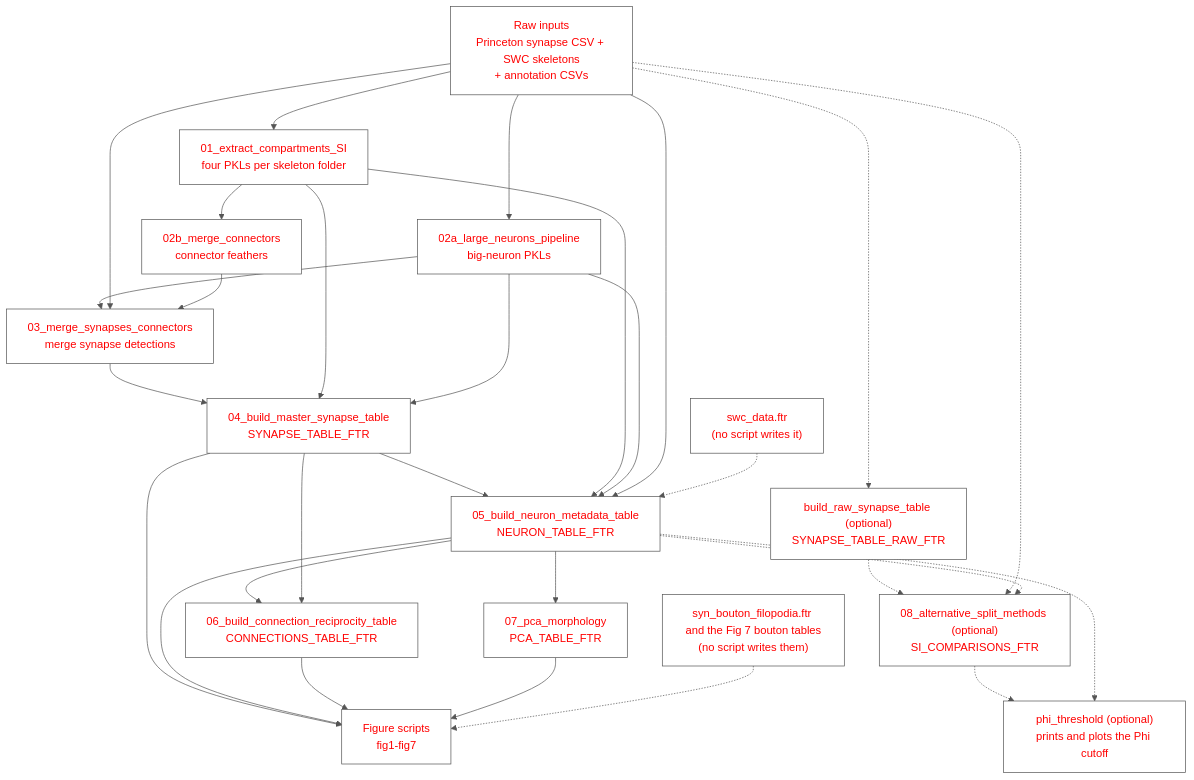
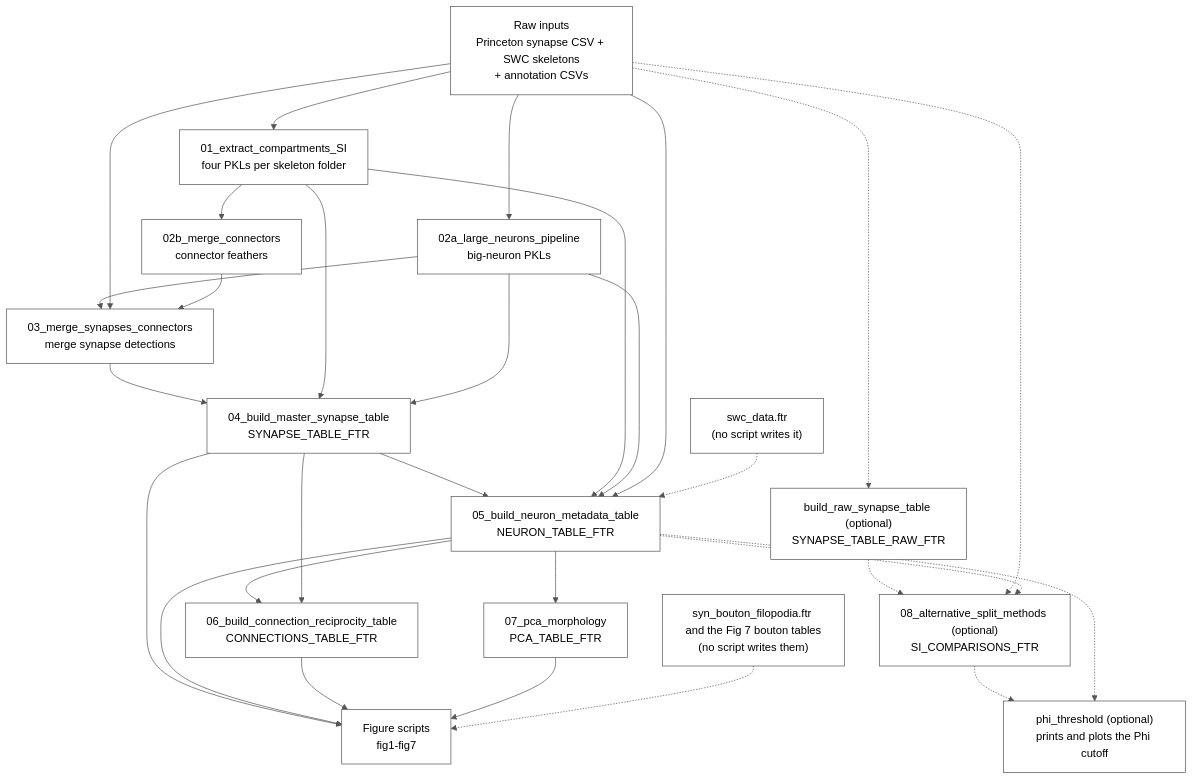
One commit to deutschlab/mixed-polarity-paper changed the diagram in docs/pipeline_overview.md. Above: the diagram before and after it, drawn with Mermaid. The commit also changed other lines of this file and 55 other files, not shown here.

````diff
--- a/docs/pipeline_overview.md
+++ b/docs/pipeline_overview.md
@@ -14,44 +14,44 @@
 ```mermaid
-%%{init: {'theme': 'base', 'themeVariables': {'primaryColor': '#ffffff', 'primaryTextColor': '#ff0000', 'primaryBorderColor': '#555555', 'lineColor': '#555555'}}}%%
+%%{init: {'theme': 'base', 'themeVariables': {'primaryColor': '#ffffff', 'primaryTextColor': '#000000', 'primaryBorderColor': '#555555', 'lineColor': '#555555'}}}%%
 flowchart TD
     RAW["Raw inputs\nPrinceton synapse CSV + SWC skeletons\n+ annotation CSVs"]
     S01["01_extract_compartments_SI\nfour PKLs per skeleton folder"]
     S02A["02a_large_neurons_pipeline\nbig-neuron PKLs"]
     S02B["02b_merge_connectors\nconnector feathers"]
     S03["03_merge_synapses_connectors\nmerge synapse detections"]
     S04["04_build_master_synapse_table\nSYNAPSE_TABLE_FTR"]
     S05["05_build_neuron_metadata_table\nNEURON_TABLE_FTR"]
     S06["06_build_connection_reciprocity_table\nCONNECTIONS_TABLE_FTR"]
     S07["07_pca_morphology\nPCA_TABLE_FTR"]
     S08["08_alternative_split_methods (optional)\nSI_COMPARISONS_FTR"]
     FIGS["Figure scripts\nfig1-fig7"]
 
     RAW --> S01
     RAW --> S02A
     S01 --> S02B
     S02A --> S03
     RAW --> S03
     S02B --> S03
     S03 --> S04
     S01 --> S04
     S02A --> S04
     S04 --> S05
     S01 --> S05
     S02A --> S05
     RAW --> S05
     S05 --> S06
     S04 --> S06
     S05 --> S07
     S04 --> FIGS
     S05 --> FIGS
     S06 --> FIGS
     S07 --> FIGS
     RAW -.-> BUILDRAW["build_raw_synapse_table (optional)\nSYNAPSE_TABLE_RAW_FTR"]
     BUILDRAW -.-> S08
     SWCDATA["swc_data.ftr\n(no script writes it)"] -.-> S05
     FILO["syn_bouton_filopodia.ftr and the Fig 7 bouton tables\n(no script writes them)"] -.-> FIGS
     RAW -.-> S08
     S05 -.-> S08
     S08 -.-> PHI["phi_threshold (optional)\nprints and plots the Phi cutoff"]
     S05 -.-> PHI
 ```
````
